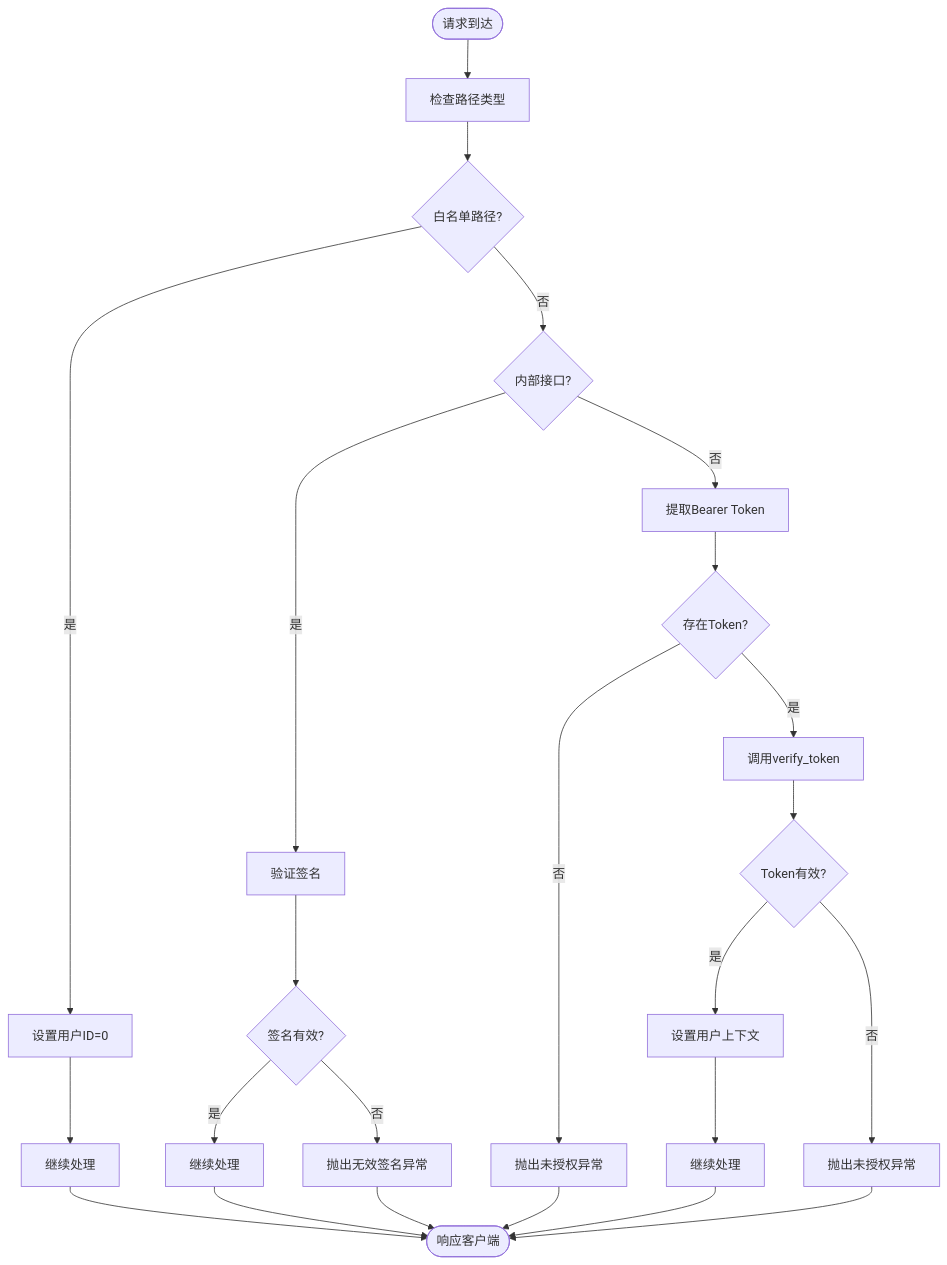
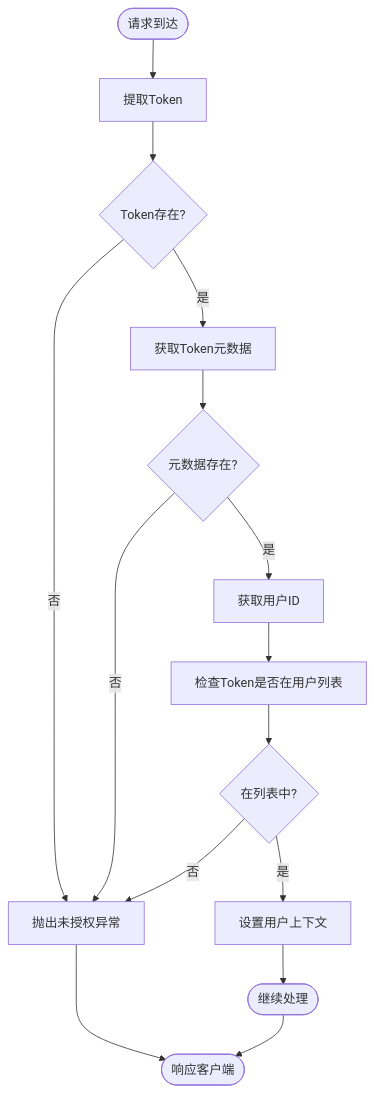
The fourth of 7 diagrams in .qoder/repowiki/zh/content/安全认证机制/JWT Token认证.md (lilinzezzzzzz/fastapi-backend), drawn with Mermaid before and after one commit. The commit also changed other lines of this file and 38 other files, not shown here.

````diff
--- a/.qoder/repowiki/zh/content/安全认证机制/JWT Token认证.md
+++ b/.qoder/repowiki/zh/content/安全认证机制/JWT Token认证.md
@@ -213,26 +243,17 @@
 ```mermaid
 flowchart TD
-Start([请求到达]) --> CheckPath["检查路径类型"]
-CheckPath --> IsWhitelist{"白名单路径?"}
-IsWhitelist --> |是| SetContext0["设置用户ID=0"]
-SetContext0 --> Continue1["继续处理"]
-IsWhitelist --> |否| IsInternal{"内部接口?"}
-IsInternal --> |是| VerifySignature["验证签名"]
-VerifySignature --> SignatureOK{"签名有效?"}
-SignatureOK --> |是| Continue2["继续处理"]
-SignatureOK --> |否| RaiseError1["抛出无效签名异常"]
-IsInternal --> |否| ExtractToken["提取Bearer Token"]
-ExtractToken --> HasToken{"存在Token?"}
-HasToken --> |否| RaiseError2["抛出未授权异常"]
-HasToken --> |是| VerifyToken["调用verify_token"]
-VerifyToken --> TokenOK{"Token有效?"}
-TokenOK --> |是| SetContext["设置用户上下文"]
-SetContext --> Continue3["继续处理"]
-TokenOK --> |否| RaiseError3["抛出未授权异常"]
-Continue1 --> End([响应客户端])
-Continue2 --> End
-Continue3 --> End
-RaiseError1 --> End
-RaiseError2 --> End
-RaiseError3 --> End
+Start([请求到达]) --> ExtractToken["提取Token"]
+ExtractToken --> CheckToken{"Token存在?"}
+CheckToken --> |否| Unauthorized["抛出未授权异常"]
+CheckToken --> |是| GetMetadata["获取Token元数据"]
+GetMetadata --> MetadataFound{"元数据存在?"}
+MetadataFound --> |否| Unauthorized
+MetadataFound --> |是| GetUser["获取用户ID"]
+GetUser --> CheckList["检查Token是否在用户列表"]
+CheckList --> InList{"在列表中?"}
+InList --> |是| SetContext["设置用户上下文"]
+SetContext --> Success([继续处理])
+InList --> |否| Unauthorized
+Unauthorized --> End([响应客户端])
+Success --> End
 ```
````
